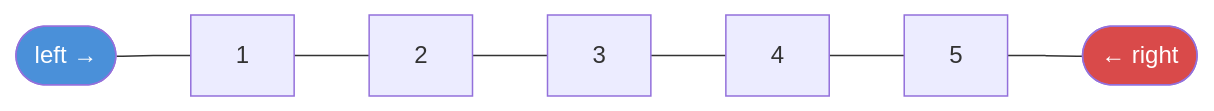
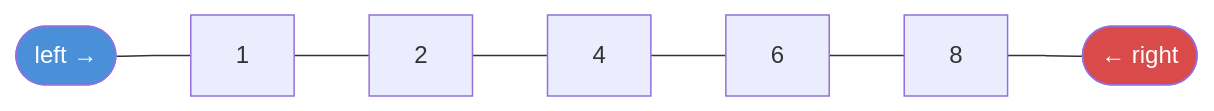
One commit to valarpirai/software-enginneering changed the diagram in docs/40-two-pointers.md. Above: the diagram before and after it, drawn with Mermaid. The commit also changed other lines of this file and 4 other files, not shown here.

````diff
--- a/docs/40-two-pointers.md
+++ b/docs/40-two-pointers.md
@@ -13,6 +34,6 @@
 ```mermaid
 graph LR
-    L(["left →"]) --- A["1"] --- B["2"] --- C["3"] --- D["4"] --- E["5"] --- R(["← right"])
+    L(["left →"]) --- A["1"] --- B["2"] --- C["4"] --- D["6"] --- E["8"] --- R(["← right"])
     style L fill:#4a90d9,color:#fff
     style R fill:#d94a4a,color:#fff
 ```
````
